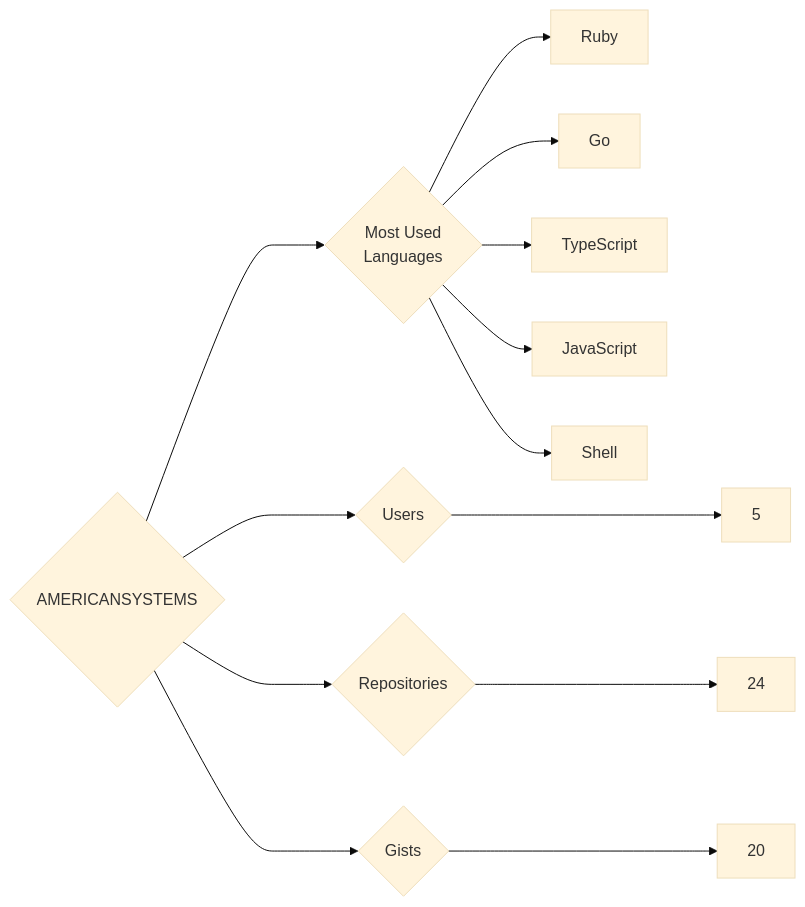
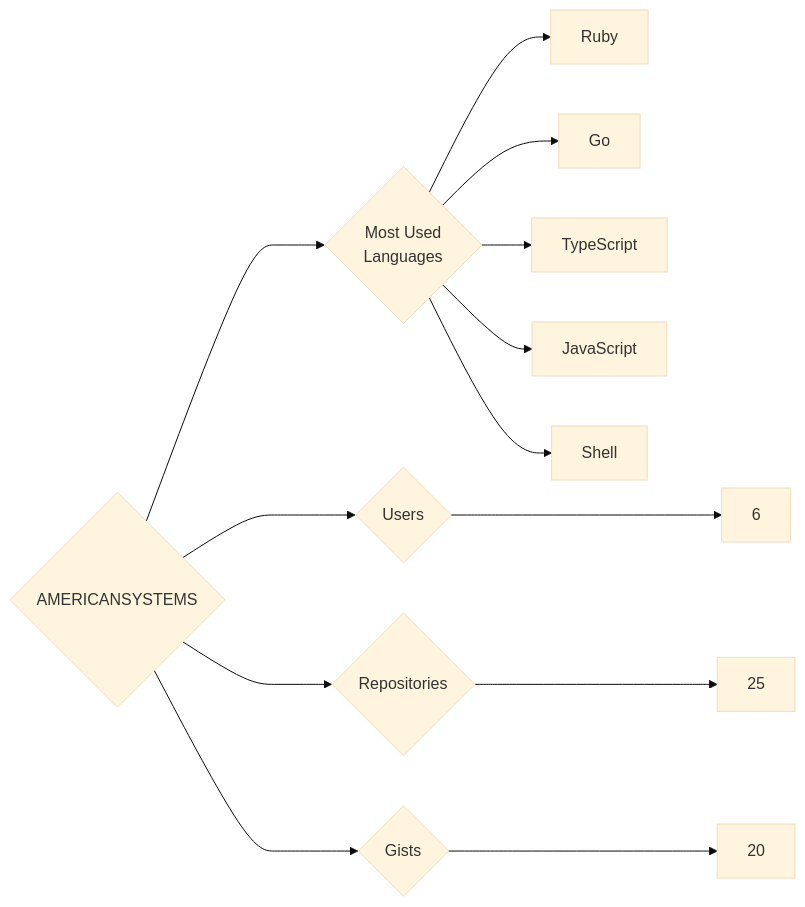
Before and after one commit to trickest/insiders: the diagram in targets/AMERICANSYSTEMS/README.md, drawn with Mermaid (base theme). The commit also changed 776 other files, not shown here.

````diff
--- a/targets/AMERICANSYSTEMS/README.md
+++ b/targets/AMERICANSYSTEMS/README.md
@@ -3,13 +3,13 @@
 ```mermaid
 graph LR
 COMPANY_NAME{AMERICANSYSTEMS}
-COMPANY_NAME ---> U{Users} ---> UN[5]
-COMPANY_NAME ---> R{Repositories} ---> RN[24]
+COMPANY_NAME ---> U{Users} ---> UN[6]
+COMPANY_NAME ---> R{Repositories} ---> RN[25]
 COMPANY_NAME ---> G{Gists} ---> GN[20]
 COMPANY_NAME ---> ML{Most Used<br>Languages}
 ML --> Ruby[Ruby]
 ML --> Go[Go]
 ML --> TypeScript[TypeScript]
 ML --> JavaScript[JavaScript]
 ML --> Shell[Shell]
 ```
````
